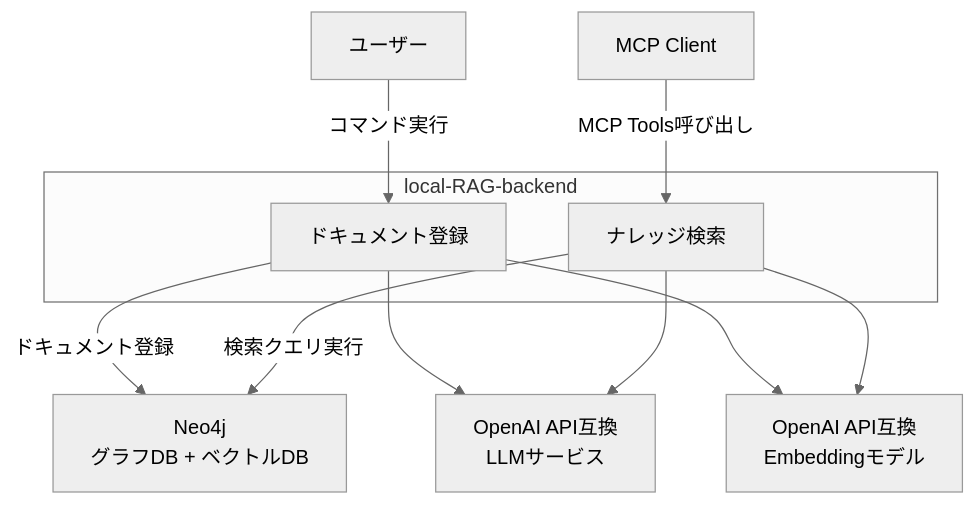
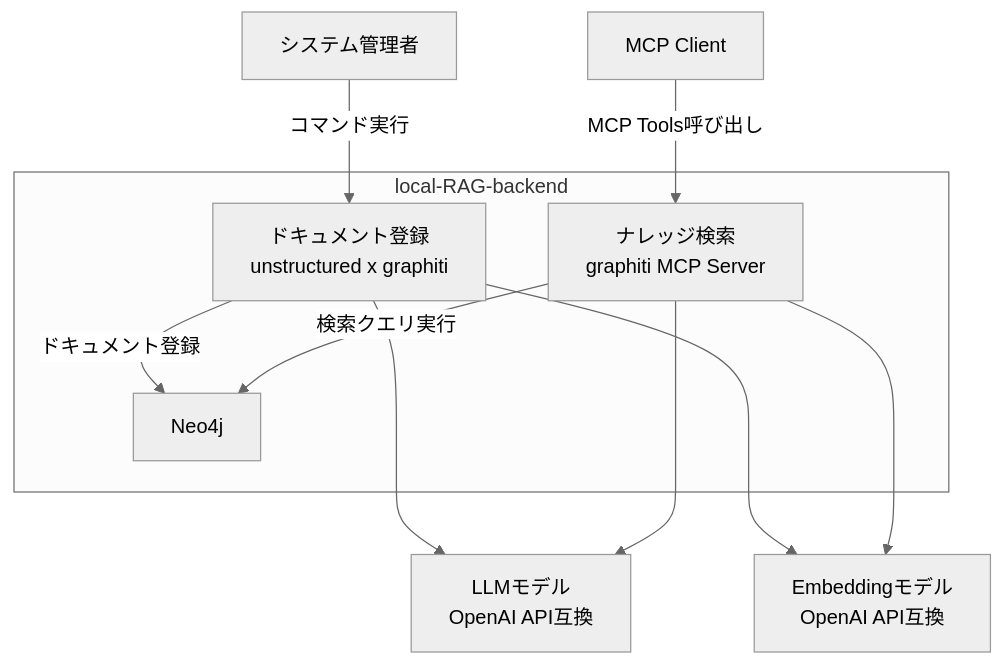
The diagram in README.md (suwa-sh/local-RAG-backend), drawn with Mermaid (neutral theme) before and after one commit. The commit also changed other lines of this file and 3 other files, not shown here.

````diff
--- a/README.md
+++ b/README.md
@@ -13,23 +12,23 @@
 ```mermaid
 graph TB
-    User[ユーザー]
+    User[システム管理者]
     AIAgent[MCP Client]
 
     subgraph "local-RAG-backend"
-        Ingest[ドキュメント登録]
-        MCPServer[ナレッジ検索]
+        Ingest[ドキュメント登録<br/>unstructured x graphiti]
+        MCPServer[ナレッジ検索<br/>graphiti MCP Server]
+        Neo4j[Neo4j]
     end
 
-    Neo4j[Neo4j<br/>グラフDB + ベクトルDB]
-    LLM[OpenAI API互換<br/>LLMサービス]
-    Ollama[OpenAI API互換<br/>Embeddingモデル]
+    LLM[LLMモデル<br/>OpenAI API互換]
+    Ollama[Embeddingモデル<br/>OpenAI API互換]
 
     User -->|コマンド実行| Ingest
     AIAgent -->|MCP Tools呼び出し| MCPServer
     Ingest -->|ドキュメント登録| Neo4j
     MCPServer -->|検索クエリ実行| Neo4j
-    Ingest --> LLM
-    Ingest --> Ollama
-    MCPServer --> LLM
-    MCPServer --> Ollama
+    Ingest ---> LLM
+    Ingest ---> Ollama
+    MCPServer ---> LLM
+    MCPServer ---> Ollama
 ```
````
